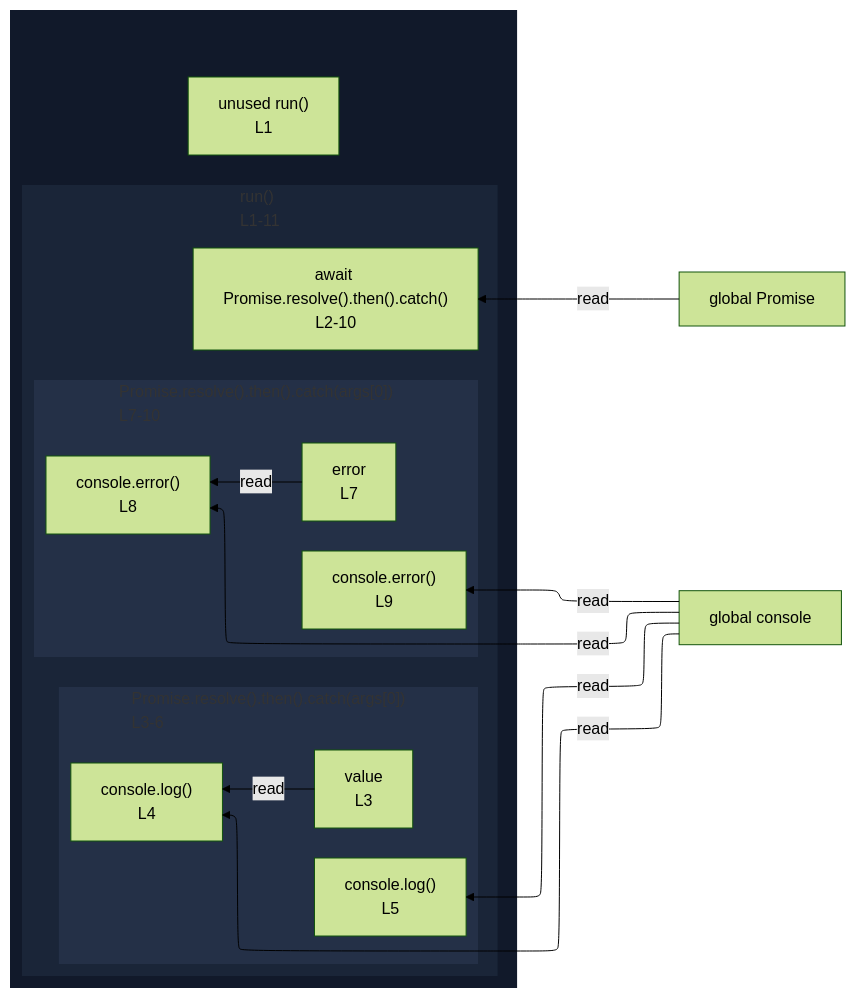
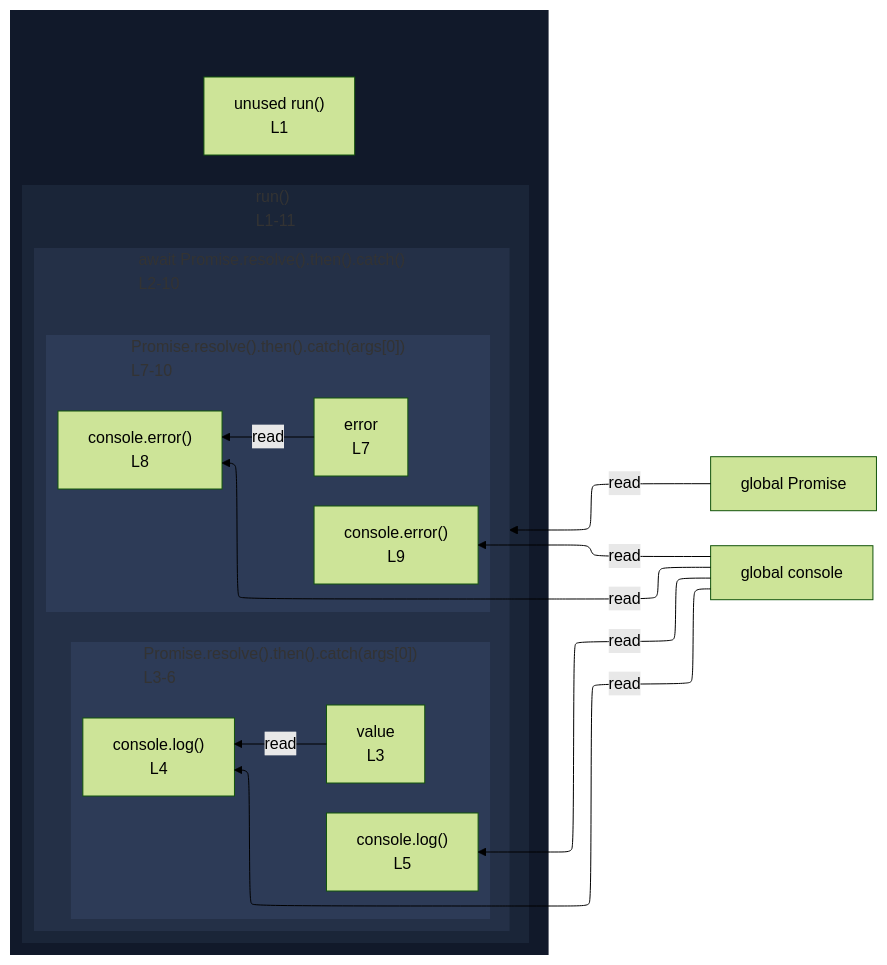
One commit to crescware/unsnarl changed the diagram in integration/fixtures/expression-statement/awaited-then-catch/preview.md. Above: the diagram before and after it, drawn with Mermaid (forest theme). The commit also changed 39 other files, not shown here.

````diff
--- a/integration/fixtures/expression-statement/awaited-then-catch/preview.md
+++ b/integration/fixtures/expression-statement/awaited-then-catch/preview.md
@@ -21,40 +21,44 @@
 ```mermaid
 %%{init: {"flowchart": {"defaultRenderer": "elk"}}}%%
 flowchart RL
   n_scope_0_Promise_53["global Promise"]
   n_scope_0_console_100["global console"]
   subgraph wrap_s_scope_1[" "]
     direction TB
     n_scope_0_run_22["unused run()<br/>L1"]
     subgraph s_scope_1["run()<br/>L1-11"]
       direction RL
-      expr_stmt_47["await Promise.resolve().then().catch()<br/>L2-10"]
-      subgraph s_scope_2["Promise.resolve().then().catch(args[0])<br/>L3-6"]
+      subgraph expr_stmt_47["await Promise.resolve().then().catch()<br/>L2-10"]
         direction RL
-        n_scope_2_value_82["value<br/>L3"]
-        expr_stmt_100["console.log()<br/>L4"]
-        expr_stmt_142["console.log()<br/>L5"]
-      end
-      subgraph s_scope_3["Promise.resolve().then().catch(args[0])<br/>L7-10"]
-        direction RL
-        n_scope_3_error_202["error<br/>L7"]
-        expr_stmt_220["console.error()<br/>L8"]
-        expr_stmt_265["console.error()<br/>L9"]
+        subgraph s_scope_2["Promise.resolve().then().catch(args[0])<br/>L3-6"]
+          direction RL
+          n_scope_2_value_82["value<br/>L3"]
+          expr_stmt_100["console.log()<br/>L4"]
+          expr_stmt_142["console.log()<br/>L5"]
+        end
+        subgraph s_scope_3["Promise.resolve().then().catch(args[0])<br/>L7-10"]
+          direction RL
+          n_scope_3_error_202["error<br/>L7"]
+          expr_stmt_220["console.error()<br/>L8"]
+          expr_stmt_265["console.error()<br/>L9"]
+        end
       end
     end
   end
   n_scope_0_Promise_53 -->|read| expr_stmt_47
   n_scope_0_console_100 -->|read| expr_stmt_100
   n_scope_2_value_82 -->|read| expr_stmt_100
   n_scope_0_console_100 -->|read| expr_stmt_142
   n_scope_0_console_100 -->|read| expr_stmt_220
   n_scope_3_error_202 -->|read| expr_stmt_220
   n_scope_0_console_100 -->|read| expr_stmt_265
   classDef nestL1 fill:#11192a,stroke:transparent;
   class wrap_s_scope_1 nestL1;
   classDef nestL2 fill:#1a2538,stroke:transparent;
   class s_scope_1 nestL2;
   classDef nestL3 fill:#243047,stroke:transparent;
-  class s_scope_2 nestL3;
-  class s_scope_3 nestL3;
+  class expr_stmt_47 nestL3;
+  classDef nestL4 fill:#2d3b57,stroke:transparent;
+  class s_scope_2 nestL4;
+  class s_scope_3 nestL4;
 ```
````
